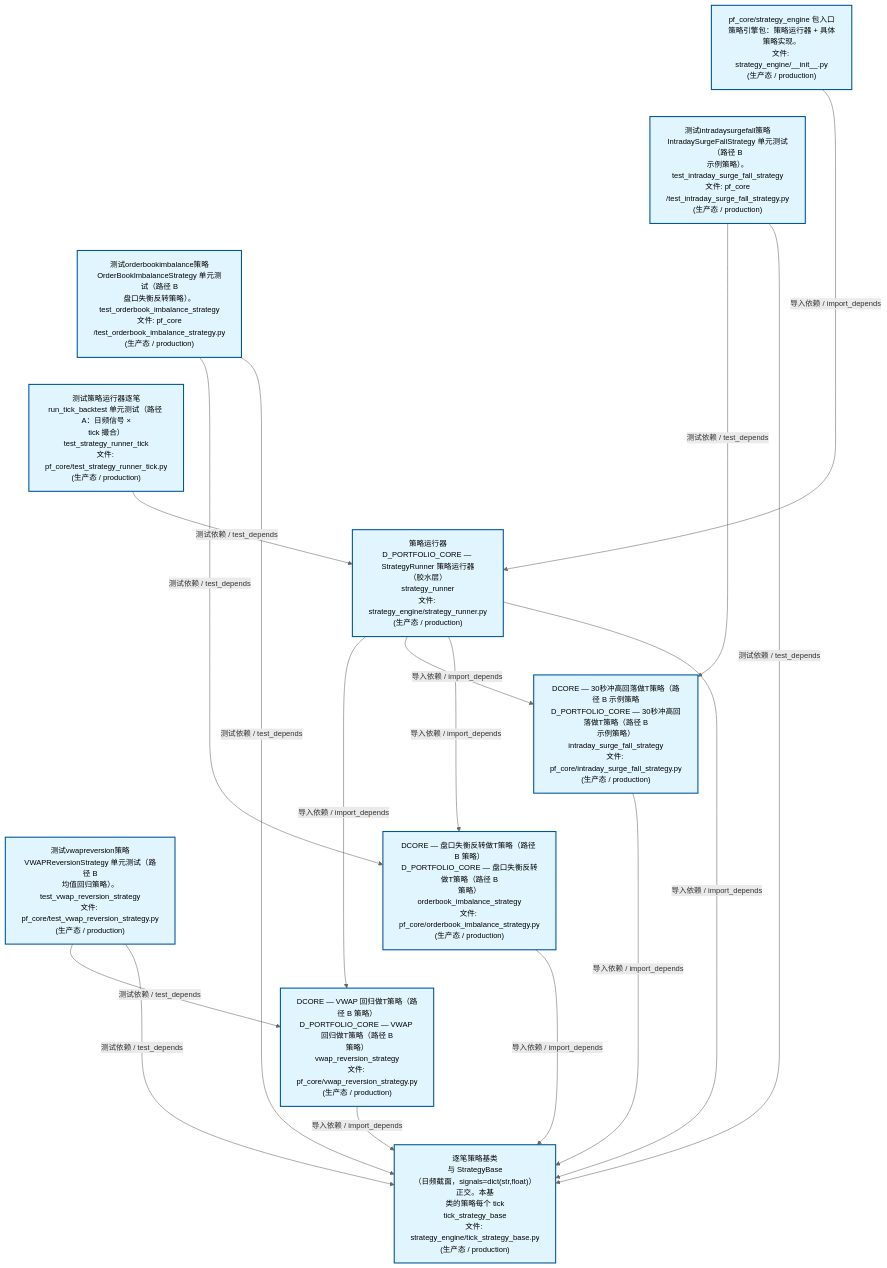
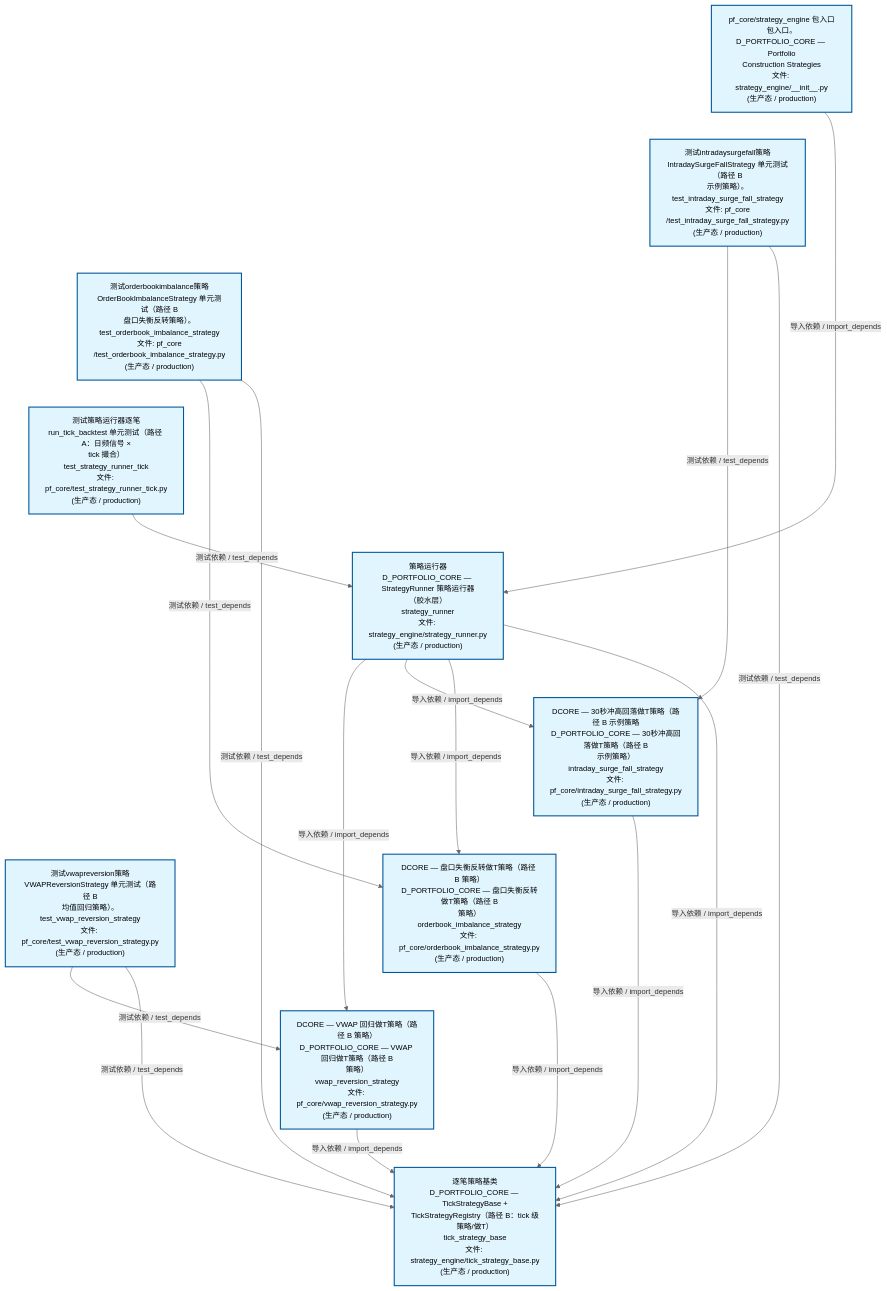
The second of 4 diagrams in docs/02_enterprise_architecture/02_domain_architecture_docs/63_d_pf_core.md (xuanFelixVan/ZephyrAlpha), drawn with Mermaid before and after one commit. The commit also changed other lines of this file and 45 other files, not shown here.

````diff
--- a/docs/02_enterprise_architecture/02_domain_architecture_docs/63_d_pf_core.md
+++ b/docs/02_enterprise_architecture/02_domain_architecture_docs/63_d_pf_core.md
@@ -135,40 +135,40 @@
 ```mermaid
 %%{init: {'theme': 'base', 'themeVariables': {'primaryColor': '#eaeaea', 'primaryTextColor': '#333333', 'primaryBorderColor': '#666666', 'lineColor': '#666666', 'secondaryColor': '#eaeaea', 'tertiaryColor': '#eaeaea', 'fontSize': '14px'}}}%%
 flowchart TD
-    src_zephyr_pf_core_strategy_engine_init_py["pf_core/strategy_engine 包入口<br/>策略引擎包：策略运行器 + 具体策略实现。<br/>文件: strategy_engine/__init__.py<br/>(生产态 / production)"]
+    src_zephyr_pf_core_strategy_engine_init_py["pf_core/strategy_engine 包入口<br/>包入口。D_PORTFOLIO_CORE — Portfolio<br/>Construction Strategies<br/>文件: strategy_engine/__init__.py<br/>(生产态 / production)"]
     tests_pf_core_test_intraday_surge_fall_strategy_py["测试intradaysurgefall策略<br/>IntradaySurgeFallStrategy 单元测试（路径 B<br/>示例策略）。<br/>test_intraday_surge_fall_strategy<br/>文件: pf_core<br/>/test_intraday_surge_fall_strategy.py<br/>(生产态 / production)"]
     tests_pf_core_test_orderbook_imbalance_strategy_py["测试orderbookimbalance策略<br/>OrderBookImbalanceStrategy 单元测试（路径 B<br/>盘口失衡反转策略）。<br/>test_orderbook_imbalance_strategy<br/>文件: pf_core<br/>/test_orderbook_imbalance_strategy.py<br/>(生产态 / production)"]
     tests_pf_core_test_strategy_runner_tick_py["测试策略运行器逐笔<br/>run_tick_backtest 单元测试（路径 A：日频信号 ×<br/>tick 撮合）<br/>test_strategy_runner_tick<br/>文件: pf_core/test_strategy_runner_tick.py<br/>(生产态 / production)"]
     tests_pf_core_test_vwap_reversion_strategy_py["测试vwapreversion策略<br/>VWAPReversionStrategy 单元测试（路径 B<br/>均值回归策略）。<br/>test_vwap_reversion_strategy<br/>文件: pf_core/test_vwap_reversion_strategy.py<br/>(生产态 / production)"]
     src_zephyr_pf_core_strategy_engine_init_py ~~~ tests_pf_core_test_intraday_surge_fall_strategy_py
     tests_pf_core_test_intraday_surge_fall_strategy_py ~~~ tests_pf_core_test_orderbook_imbalance_strategy_py
     tests_pf_core_test_orderbook_imbalance_strategy_py ~~~ tests_pf_core_test_strategy_runner_tick_py
     tests_pf_core_test_strategy_runner_tick_py ~~~ tests_pf_core_test_vwap_reversion_strategy_py
     src_zephyr_pf_core_strategy_engine_strategy_runner_py["策略运行器<br/>D_PORTFOLIO_CORE — StrategyRunner 策略运行器<br/>（胶水层）<br/>strategy_runner<br/>文件: strategy_engine/strategy_runner.py<br/>(生产态 / production)"]
     src_zephyr_pf_core_intraday_surge_fall_strategy_py["DCORE — 30秒冲高回落做T策略（路径 B 示例策略<br/>D_PORTFOLIO_CORE — 30秒冲高回落做T策略（路径 B<br/>示例策略）<br/>intraday_surge_fall_strategy<br/>文件: pf_core/intraday_surge_fall_strategy.py<br/>(生产态 / production)"]
     src_zephyr_pf_core_orderbook_imbalance_strategy_py["DCORE — 盘口失衡反转做T策略（路径 B 策略）<br/>D_PORTFOLIO_CORE — 盘口失衡反转做T策略（路径 B<br/>策略）<br/>orderbook_imbalance_strategy<br/>文件: pf_core/orderbook_imbalance_strategy.py<br/>(生产态 / production)"]
     src_zephyr_pf_core_vwap_reversion_strategy_py["DCORE — VWAP 回归做T策略（路径 B 策略）<br/>D_PORTFOLIO_CORE — VWAP 回归做T策略（路径 B<br/>策略）<br/>vwap_reversion_strategy<br/>文件: pf_core/vwap_reversion_strategy.py<br/>(生产态 / production)"]
     src_zephyr_pf_core_intraday_surge_fall_strategy_py ~~~ src_zephyr_pf_core_orderbook_imbalance_strategy_py
     src_zephyr_pf_core_orderbook_imbalance_strategy_py ~~~ src_zephyr_pf_core_vwap_reversion_strategy_py
-    src_zephyr_pf_core_strategy_engine_tick_strategy_base_py["逐笔策略基类<br/>与 StrategyBase<br/>（日频截面，signals=dict(str,float)）正交。本基<br/>类的策略每个 tick<br/>tick_strategy_base<br/>文件: strategy_engine/tick_strategy_base.py<br/>(生产态 / production)"]
+    src_zephyr_pf_core_strategy_engine_tick_strategy_base_py["逐笔策略基类<br/>D_PORTFOLIO_CORE — TickStrategyBase +<br/>TickStrategyRegistry（路径 B：tick 级策略/做T）<br/>tick_strategy_base<br/>文件: strategy_engine/tick_strategy_base.py<br/>(生产态 / production)"]
     src_zephyr_pf_core_vwap_reversion_strategy_py -->|导入依赖 / import_depends| src_zephyr_pf_core_strategy_engine_tick_strategy_base_py
     src_zephyr_pf_core_intraday_surge_fall_strategy_py -->|导入依赖 / import_depends| src_zephyr_pf_core_strategy_engine_tick_strategy_base_py
     src_zephyr_pf_core_orderbook_imbalance_strategy_py -->|导入依赖 / import_depends| src_zephyr_pf_core_strategy_engine_tick_strategy_base_py
     src_zephyr_pf_core_strategy_engine_strategy_runner_py -->|导入依赖 / import_depends| src_zephyr_pf_core_vwap_reversion_strategy_py
     src_zephyr_pf_core_strategy_engine_strategy_runner_py -->|导入依赖 / import_depends| src_zephyr_pf_core_intraday_surge_fall_strategy_py
     src_zephyr_pf_core_strategy_engine_strategy_runner_py -->|导入依赖 / import_depends| src_zephyr_pf_core_orderbook_imbalance_strategy_py
     src_zephyr_pf_core_strategy_engine_strategy_runner_py -->|导入依赖 / import_depends| src_zephyr_pf_core_strategy_engine_tick_strategy_base_py
     src_zephyr_pf_core_strategy_engine_init_py -->|导入依赖 / import_depends| src_zephyr_pf_core_strategy_engine_strategy_runner_py
     tests_pf_core_test_intraday_surge_fall_strategy_py -->|测试依赖 / test_depends| src_zephyr_pf_core_intraday_surge_fall_strategy_py
     tests_pf_core_test_intraday_surge_fall_strategy_py -->|测试依赖 / test_depends| src_zephyr_pf_core_strategy_engine_tick_strategy_base_py
     tests_pf_core_test_orderbook_imbalance_strategy_py -->|测试依赖 / test_depends| src_zephyr_pf_core_orderbook_imbalance_strategy_py
     tests_pf_core_test_orderbook_imbalance_strategy_py -->|测试依赖 / test_depends| src_zephyr_pf_core_strategy_engine_tick_strategy_base_py
     tests_pf_core_test_vwap_reversion_strategy_py -->|测试依赖 / test_depends| src_zephyr_pf_core_vwap_reversion_strategy_py
     tests_pf_core_test_vwap_reversion_strategy_py -->|测试依赖 / test_depends| src_zephyr_pf_core_strategy_engine_tick_strategy_base_py
     tests_pf_core_test_strategy_runner_tick_py -->|测试依赖 / test_depends| src_zephyr_pf_core_strategy_engine_strategy_runner_py
     classDef production fill:#e1f5fe,stroke:#01579b,stroke-width:2px,color:#000
     classDef design fill:#fff3e0,stroke:#e65100,stroke-width:2px,color:#000,stroke-dasharray: 5 5
     classDef external_prod fill:#e8f4fd,stroke:#0277bd,stroke-width:1px,color:#000
     classDef external_design fill:#fff8e7,stroke:#ef6c00,stroke-width:1px,color:#000,stroke-dasharray: 5 5
     class src_zephyr_pf_core_intraday_surge_fall_strategy_py,src_zephyr_pf_core_orderbook_imbalance_strategy_py,src_zephyr_pf_core_strategy_engine_init_py,src_zephyr_pf_core_strategy_engine_strategy_runner_py,src_zephyr_pf_core_strategy_engine_tick_strategy_base_py,src_zephyr_pf_core_vwap_reversion_strategy_py,tests_pf_core_test_intraday_surge_fall_strategy_py,tests_pf_core_test_orderbook_imbalance_strategy_py,tests_pf_core_test_strategy_runner_tick_py,tests_pf_core_test_vwap_reversion_strategy_py production
 ```
````
